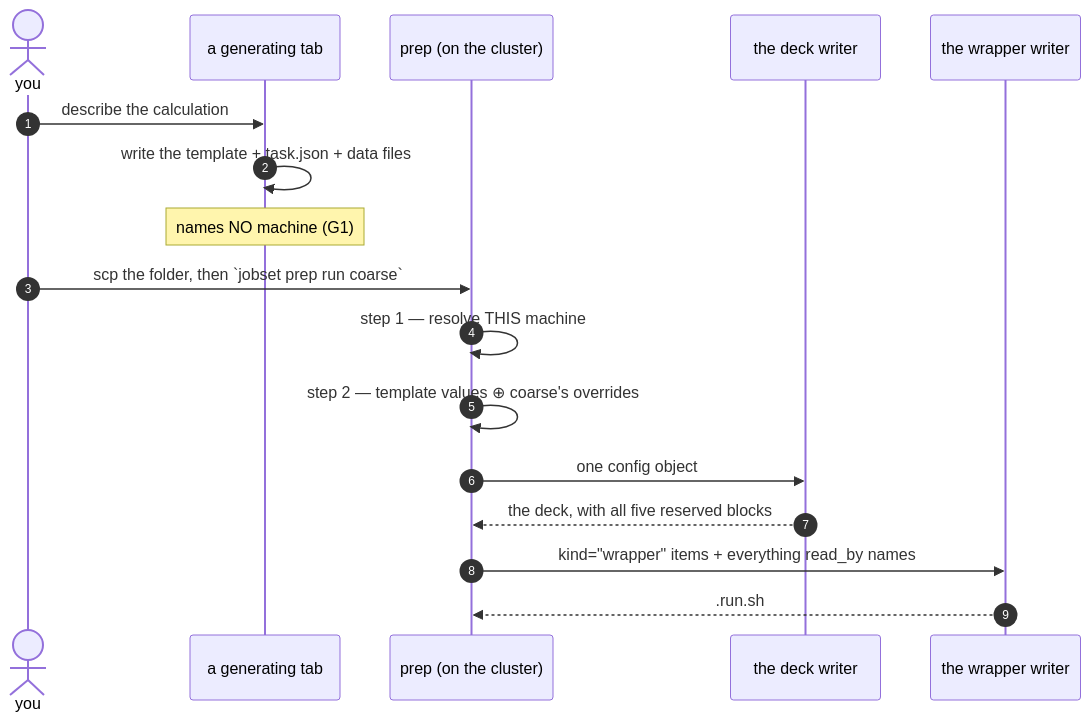
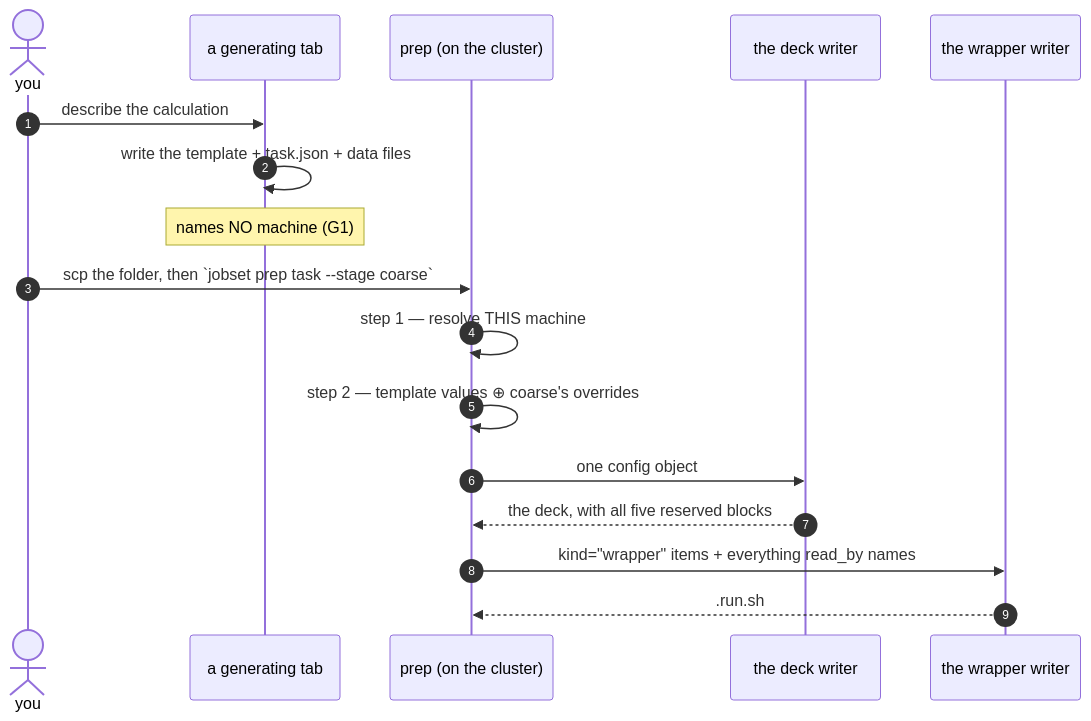
The ninth of 9 diagrams in docs/engines/template.md (Qing-LAB/molbuilder), drawn with Mermaid before and after one commit. The commit also changed other lines of this file and 30 other files, not shown here.

````diff
--- a/docs/engines/template.md
+++ b/docs/engines/template.md
@@ -2778,20 +2778,20 @@
 ```mermaid
 sequenceDiagram
     autonumber
     actor U as you
     participant B as a generating tab
     participant P as prep (on the cluster)
     participant D as the deck writer
     participant W as the wrapper writer
 
     U->>B: describe the calculation
     B->>B: write the template + task.json + data files
     Note over B: names NO machine (G1)
-    U->>P: scp the folder, then `jobset prep run coarse`
+    U->>P: scp the folder, then `jobset prep task --stage coarse`
     P->>P: step 1 — resolve THIS machine
     P->>P: step 2 — template values ⊕ coarse's overrides
     P->>D: one config object
     D-->>P: the deck, with all five reserved blocks
     P->>W: kind="wrapper" items + everything read_by names
     W-->>P: .run.sh
 ```
````
